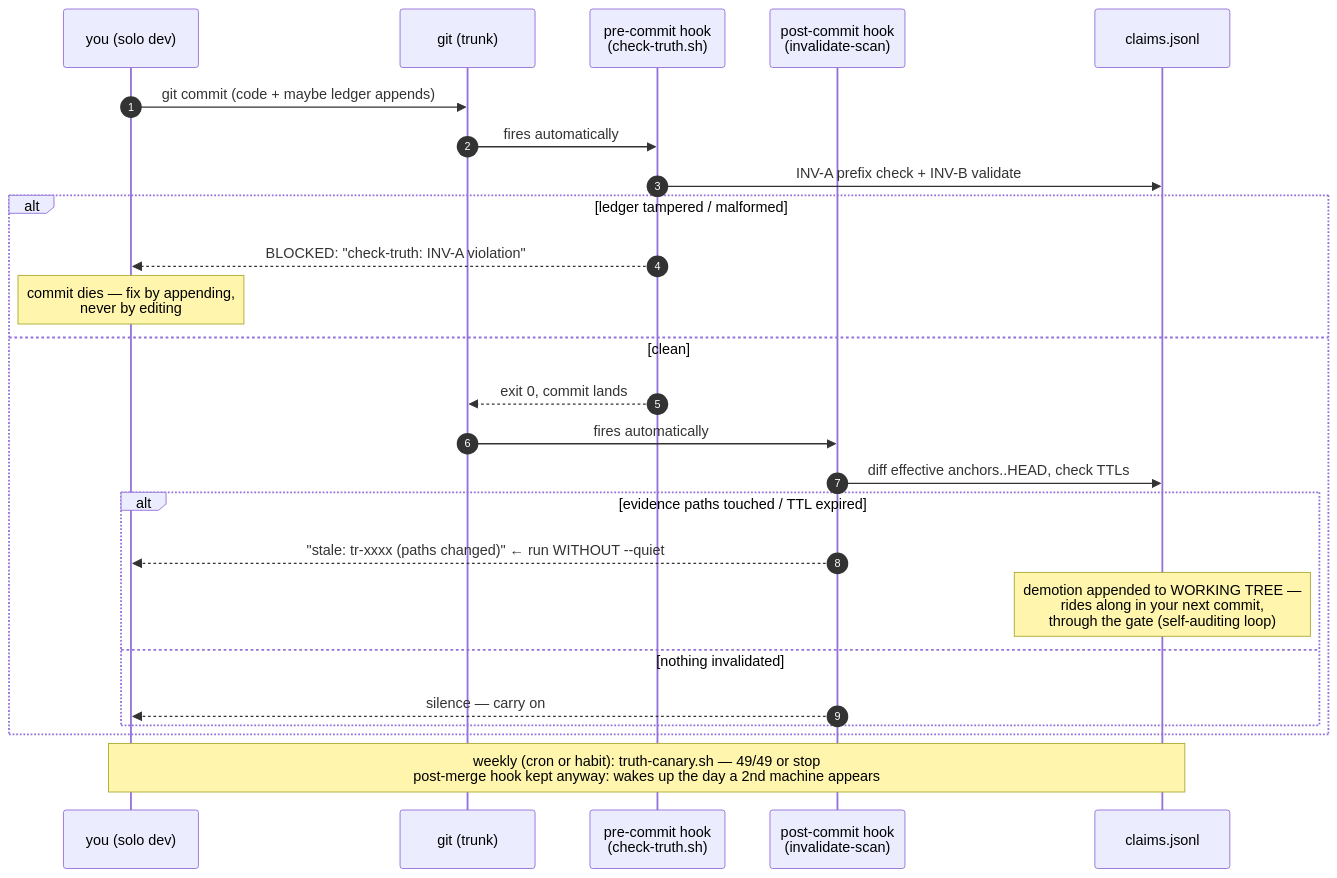
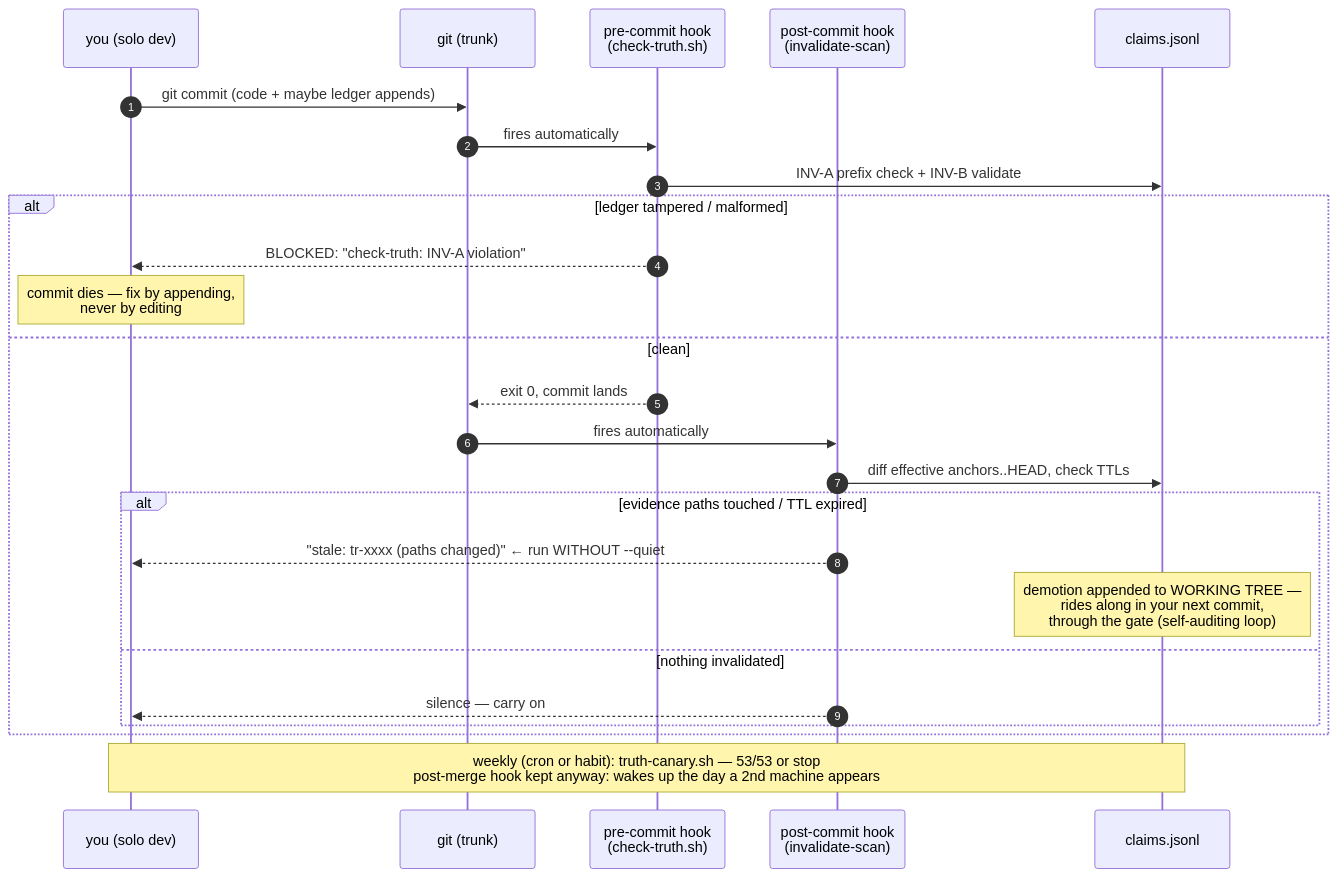
One commit to m1981/truth-ledger changed the second of 4 diagrams in docs/truth-ledger-operations-guide.md. Above: the diagram before and after it, drawn with Mermaid. The commit also changed other lines of this file and 4 other files, not shown here.

````diff
--- a/docs/truth-ledger-operations-guide.md
+++ b/docs/truth-ledger-operations-guide.md
@@ -143,28 +143,28 @@
 ```mermaid
 sequenceDiagram
     autonumber
     participant D as you (solo dev)
     participant G as git (trunk)
     participant PC as pre-commit hook<br/>(check-truth.sh)
     participant POC as post-commit hook<br/>(invalidate-scan)
     participant L as claims.jsonl
 
     D->>G: git commit (code + maybe ledger appends)
     G->>PC: fires automatically
     PC->>L: INV-A prefix check + INV-B validate
     alt ledger tampered / malformed
         PC-->>D: BLOCKED: "check-truth: INV-A violation"
         Note over D: commit dies — fix by appending,<br/>never by editing
     else clean
         PC-->>G: exit 0, commit lands
         G->>POC: fires automatically
         POC->>L: diff effective anchors..HEAD, check TTLs
         alt evidence paths touched / TTL expired
             POC-->>D: "stale: tr-xxxx (paths changed)"  ← run WITHOUT --quiet
             Note over L: demotion appended to WORKING TREE —<br/>rides along in your next commit,<br/>through the gate (self-auditing loop)
         else nothing invalidated
             POC-->>D: silence — carry on
         end
     end
-    Note over D,L: weekly (cron or habit): truth-canary.sh — 49/49 or stop<br/>post-merge hook kept anyway: wakes up the day a 2nd machine appears
+    Note over D,L: weekly (cron or habit): truth-canary.sh — 53/53 or stop<br/>post-merge hook kept anyway: wakes up the day a 2nd machine appears
 ```
````
